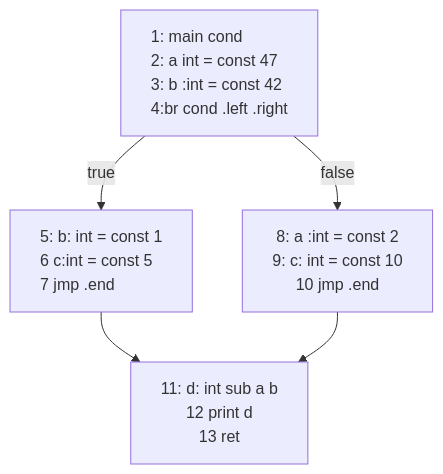
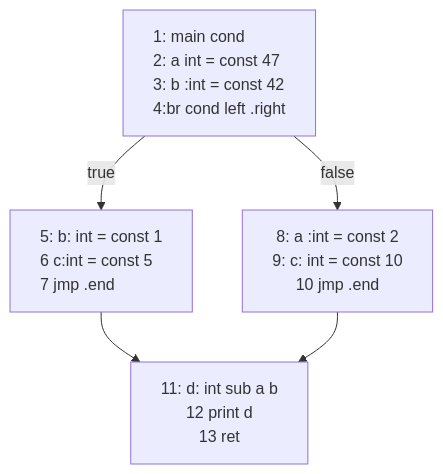
The first of 2 diagrams in lectures/04_data_flow.qmd (normrubin/normrubin.github.io), drawn with Mermaid before and after one commit. The commit also changed other lines of this file and 4 other files, not shown here.

````diff
--- a/lectures/04_data_flow.qmd
+++ b/lectures/04_data_flow.qmd
@@ -15,26 +51,24 @@
 ```{mermaid}
+
 graph TD
 style A text-align: left
 style B  text-align: left
 %% nodes 
-     A["1: main cond
-   2: a int = const 47
-   3: b :int = const 42
-   4:br cond .left .right"] 
+     A["1: main cond\n2: a int = const 47\n3: b :int = const 42\n4:br cond left .right"] 
    
    B["5: b: int = const 1
    6 c:int = const 5 
    7 jmp .end"]
   
    C["8: a :int = const 2
    9: c: int = const 10
    10 jmp .end"]
     D["11: d: int sub  a b
     12 print d
     13 ret"]
 %% edges
     A  -- true --> B
     A  --false --> C
     B --> D
     C --> D
 ```
````
